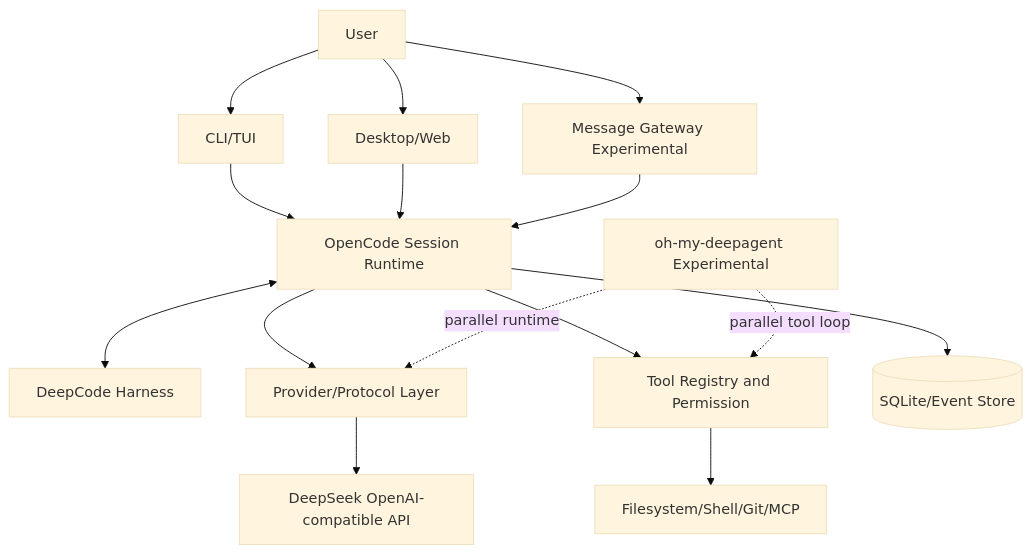
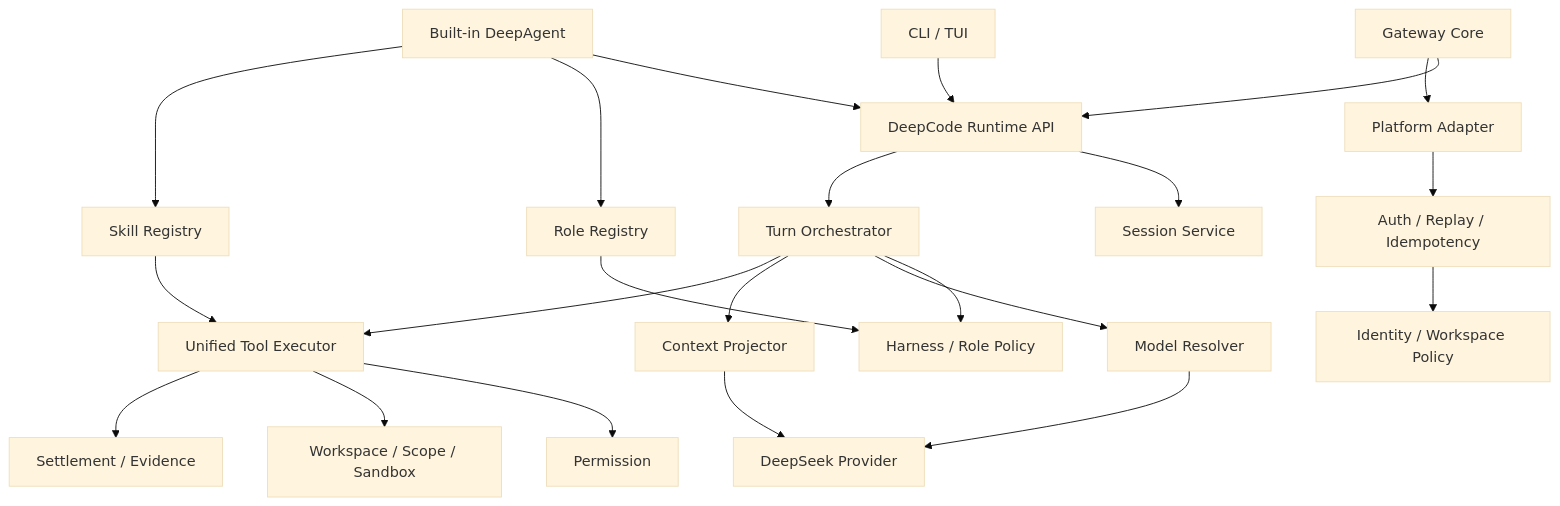
One commit to yuanchenglu/deepcode changed the diagram in docs/open-source-readiness/02_TECHNICAL_ARCHITECTURE.md. Above: the diagram before and after it, drawn with Mermaid (base theme). The commit also changed other lines of this file, not shown here.

Commit message:
docs: revise architecture around single runtime | 围绕唯一 Runtime 修订技术架构

````diff
--- a/docs/open-source-readiness/02_TECHNICAL_ARCHITECTURE.md
+++ b/docs/open-source-readiness/02_TECHNICAL_ARCHITECTURE.md
@@ -20,30 +22,28 @@
 ```mermaid
-flowchart TB
-  U[User]
-  CLI[CLI/TUI]
-  APP[Desktop/Web]
-  GW[Message Gateway Experimental]
-  S[OpenCode Session Runtime]
-  H[DeepCode Harness]
-  P[Provider/Protocol Layer]
-  DS[DeepSeek OpenAI-compatible API]
-  T[Tool Registry and Permission]
-  FS[Filesystem/Shell/Git/MCP]
-  DB[(SQLite/Event Store)]
-  DA[oh-my-deepagent Experimental]
+flowchart TD
+  CLI[CLI / TUI] --> RUNTIME[DeepCode Runtime API]
+  GATEWAY[Gateway Core] --> RUNTIME
+  AGENT[Built-in DeepAgent] --> RUNTIME
 
-  U --> CLI
-  U --> APP
-  U --> GW
-  CLI --> S
-  APP --> S
-  GW --> S
-  S <--> H
-  S --> P
-  P --> DS
-  S --> T
-  T --> FS
-  S --> DB
-  DA -. parallel runtime .-> P
-  DA -. parallel tool loop .-> T
+  RUNTIME --> SESSION[Session Service]
+  RUNTIME --> TURN[Turn Orchestrator]
+  TURN --> POLICY[Harness / Role Policy]
+  TURN --> MODEL[Model Resolver]
+  TURN --> CONTEXT[Context Projector]
+  TURN --> TOOL[Unified Tool Executor]
+
+  MODEL --> PROVIDER[DeepSeek Provider]
+  CONTEXT --> PROVIDER
+  TOOL --> PERMISSION[Permission]
+  TOOL --> SCOPE[Workspace / Scope / Sandbox]
+  TOOL --> SETTLE[Settlement / Evidence]
+
+  AGENT --> ROLE[Role Registry]
+  AGENT --> SKILL[Skill Registry]
+  ROLE --> POLICY
+  SKILL --> TOOL
+
+  GATEWAY --> ADAPTER[Platform Adapter]
+  ADAPTER --> AUTH[Auth / Replay / Idempotency]
+  AUTH --> IDENTITY[Identity / Workspace Policy]
 ```
````
